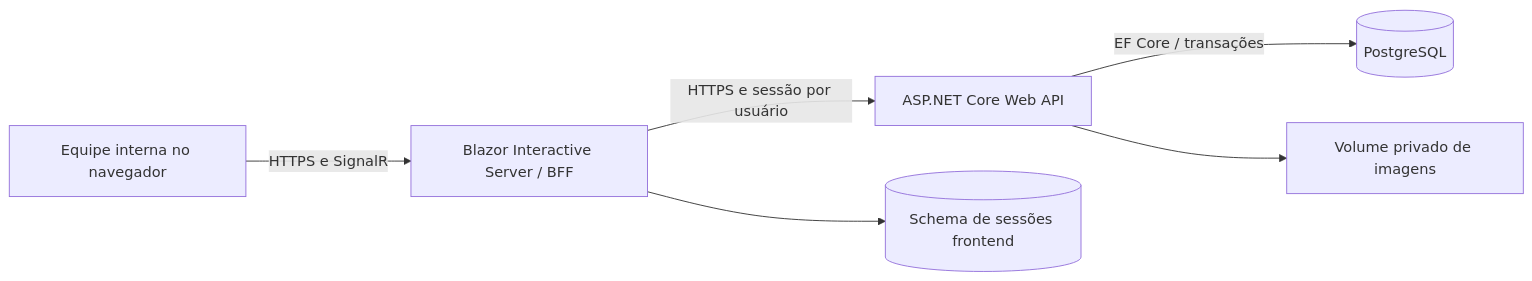
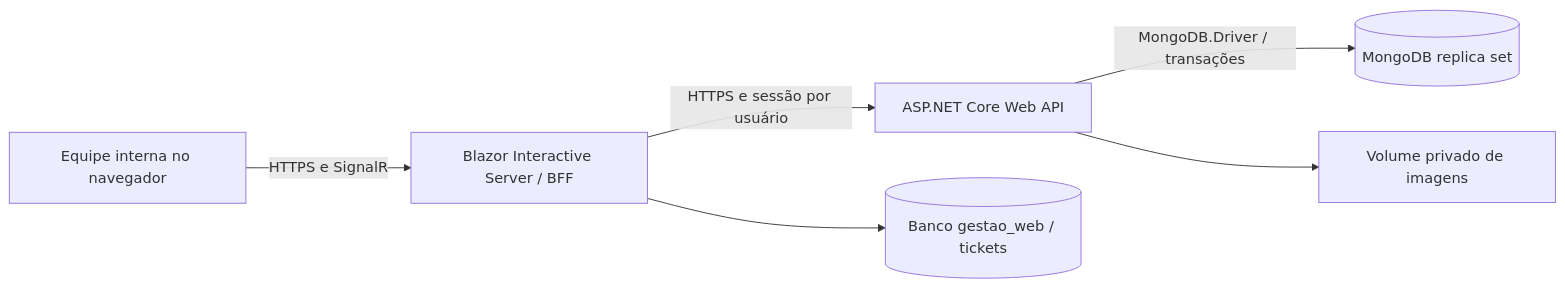
One commit to argemon/MVPMilton changed the diagram in docs/architecture/01-VISAO-GERAL.md. Above: the diagram before and after it, drawn with Mermaid. The commit also changed other lines of this file and 123 other files, not shown here.

````diff
--- a/docs/architecture/01-VISAO-GERAL.md
+++ b/docs/architecture/01-VISAO-GERAL.md
@@ -22,8 +21,8 @@
 ```mermaid
 flowchart LR
     U[Equipe interna no navegador] -->|HTTPS e SignalR| W[Blazor Interactive Server / BFF]
     W -->|HTTPS e sessão por usuário| A[ASP.NET Core Web API]
-    A -->|EF Core / transações| D[(PostgreSQL)]
+    A -->|MongoDB.Driver / transações| D[(MongoDB replica set)]
     A --> F[Volume privado de imagens]
-    W --> S[(Schema de sessões frontend)]
+    W --> S[(Banco gestao_web / tickets)]
 ```
````
